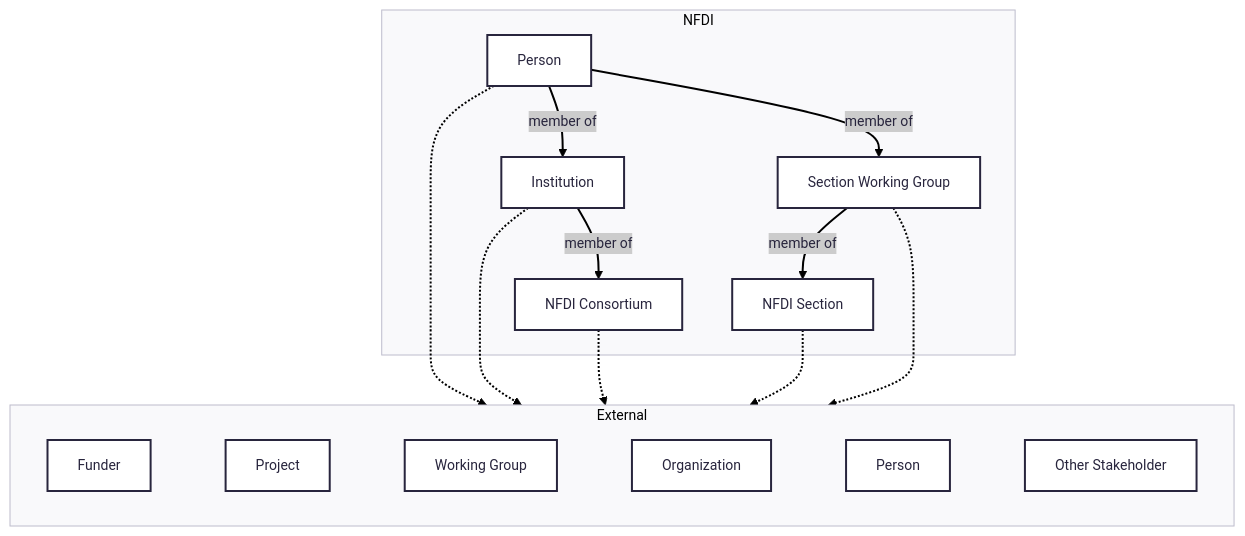
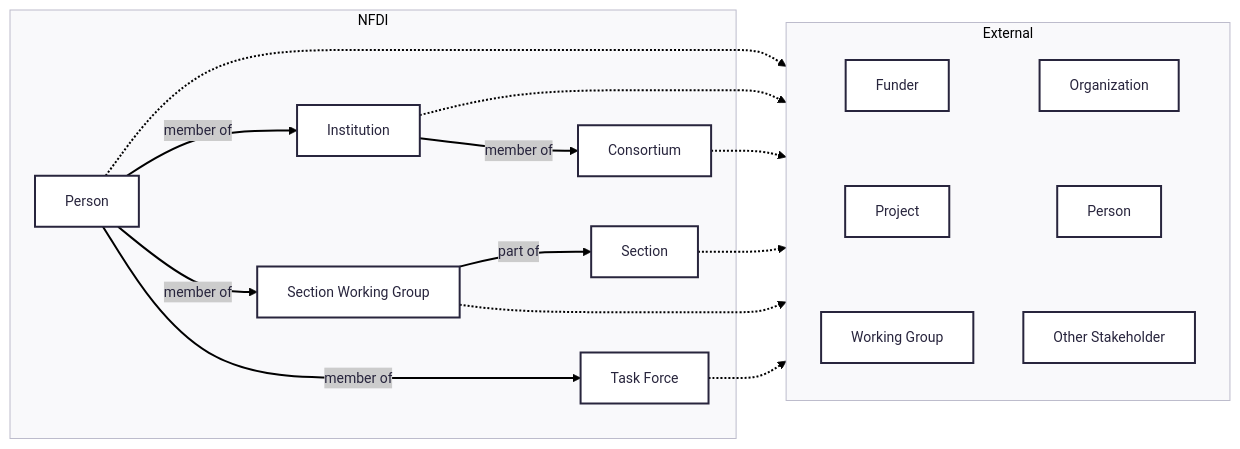
Before and after one commit to nfdi-de/section-int-wg-landscape: the diagram in README.md, drawn with Mermaid. The commit also changed 2 other files, not shown here.

Commit message:
Add task forces and jours fixes (#16)

````diff
--- a/README.md
+++ b/README.md
@@ -19,30 +19,33 @@
 ```mermaid
 ---
 config:
       theme: redux
 ---
-graph TB
+graph LR
 
     internalPerson[Person] -.-> external
     internalInstitution[Institution] -.->  external
-    internalConsortium[NFDI Consortium] -.-> external
-    internalSection[NFDI Section] -.-> external
+    internalConsortium[Consortium] -.-> external
+    internalSection[Section] -.-> external
     internalWG[Section Working Group] -.-> external
+    internalTF[Task Force] -.-> external
 
     subgraph external [External]
         funder[Funder]
         project[Project]
         workingGroup[Working Group]
         organization[Organization]
         externalPerson[Person]
         externalOther[Other Stakeholder]
 
-        funder ~~~ project ~~~ workingGroup ~~~ organization ~~~ externalPerson~~~ externalOther
+        funder ~~~ project ~~~ workingGroup
+        organization ~~~ externalPerson ~~~ externalOther
 
     end
 
     subgraph internal [NFDI]
         internalPerson -- member of --> internalInstitution -- member of --> internalConsortium
-        internalPerson -- member of --> internalWG -- member of --> internalSection
+        internalPerson -- member of --> internalWG -- part of --> internalSection
+        internalPerson -- member of --> internalTF
     end
 ```
````
